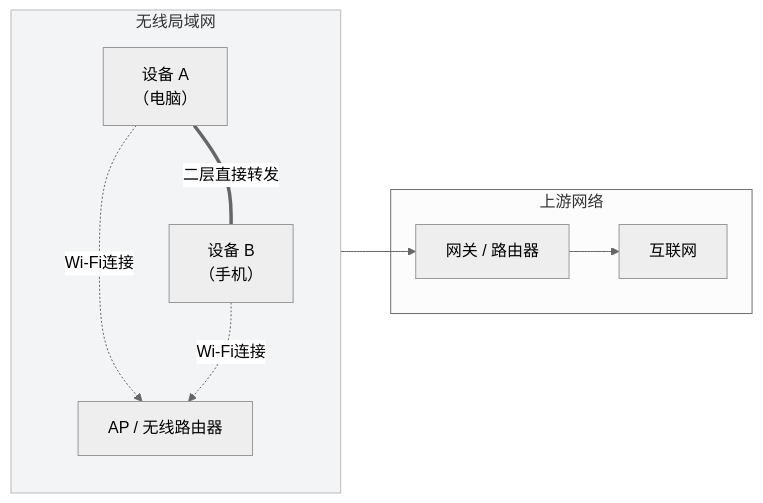
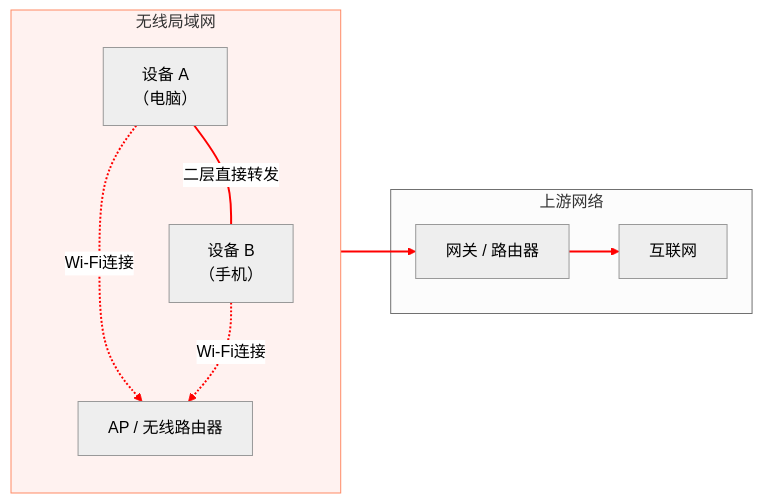
Before and after one commit to milk2715093695/milk2715093695.github.io: the first of 3 diagrams in src/content/posts/campus-network/index.md, drawn with Mermaid (neutral theme). The commit also changed other lines of this file, not shown here.

Commit message:
docs(blog): change mermaid color

````diff
--- a/src/content/posts/campus-network/index.md
+++ b/src/content/posts/campus-network/index.md
@@ -102,22 +102,28 @@
 ```mermaid
 flowchart LR
   subgraph WLAN[无线局域网]
     direction TB
     A[设备 A<br/>（电脑）]
     AP[AP / 无线路由器]
     B[设备 B<br/>（手机）]
   end
 
   subgraph CORE[上游网络]
     GW[网关 / 路由器]
     Internet[互联网]
   end
 
   A -.->|Wi-Fi连接| AP
   A ===|二层直接转发| B
   B -.->|Wi-Fi连接| AP
   AP --> GW --> Internet
 
-  classDef local fill:#f3f4f6,stroke:#bbb;
+  classDef local fill:#fff2f0,stroke:#ff8a65;
   class WLAN local;
+
+  linkStyle 0 stroke:red,stroke-width:2px;
+  linkStyle 1 stroke:red,stroke-width:2px;
+  linkStyle 2 stroke:red,stroke-width:2px;
+  linkStyle 3 stroke:red,stroke-width:2px;
+  linkStyle 4 stroke:red,stroke-width:2px;
 ```
````
